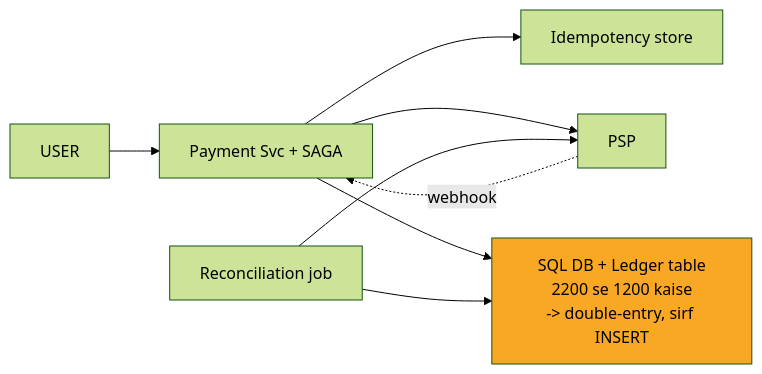
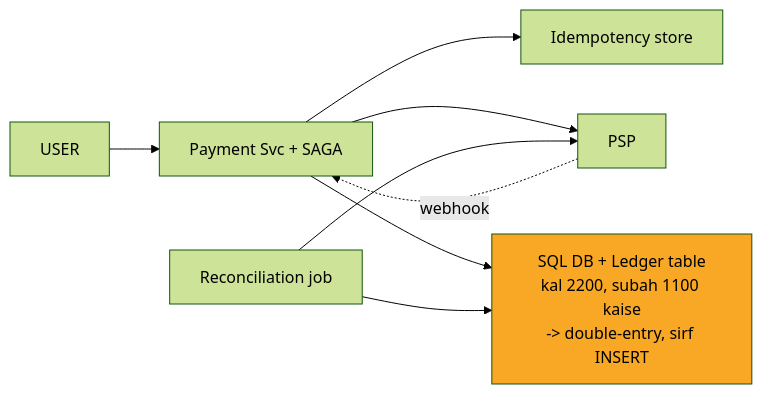
Before and after one commit to ArpanMaheshwari144/Prep: the eighth of 12 diagrams in 04_HLD/SYSTEM_DESIGNS/06_payment_system/06_payment_system.md, drawn with Mermaid (forest theme). The commit also changed other lines of this file, not shown here.

````diff
--- a/04_HLD/SYSTEM_DESIGNS/06_payment_system/06_payment_system.md
+++ b/04_HLD/SYSTEM_DESIGNS/06_payment_system/06_payment_system.md
@@ -301,17 +301,17 @@
 ```mermaid
 flowchart LR
     n_USER["USER"]
     n_Payment_Svc["Payment Svc + SAGA"]
     n_Idempotency_store["Idempotency store"]
     n_PSP["PSP"]
-    n_DB["SQL DB + Ledger table<br/>2200 se 1200 kaise<br/>-> double-entry, sirf INSERT"]
+    n_DB["SQL DB + Ledger table<br/>kal 2200, subah 1100 kaise<br/>-> double-entry, sirf INSERT"]
     n_Reconciliation_job["Reconciliation job"]
     n_USER --> n_Payment_Svc
     n_Payment_Svc --> n_Idempotency_store
     n_Payment_Svc --> n_PSP
     n_Payment_Svc --> n_DB
     n_Reconciliation_job --> n_DB
     n_Reconciliation_job --> n_PSP
     n_PSP -.->|webhook| n_Payment_Svc
     style n_DB fill:#f9a825,color:#000
 ```
````
